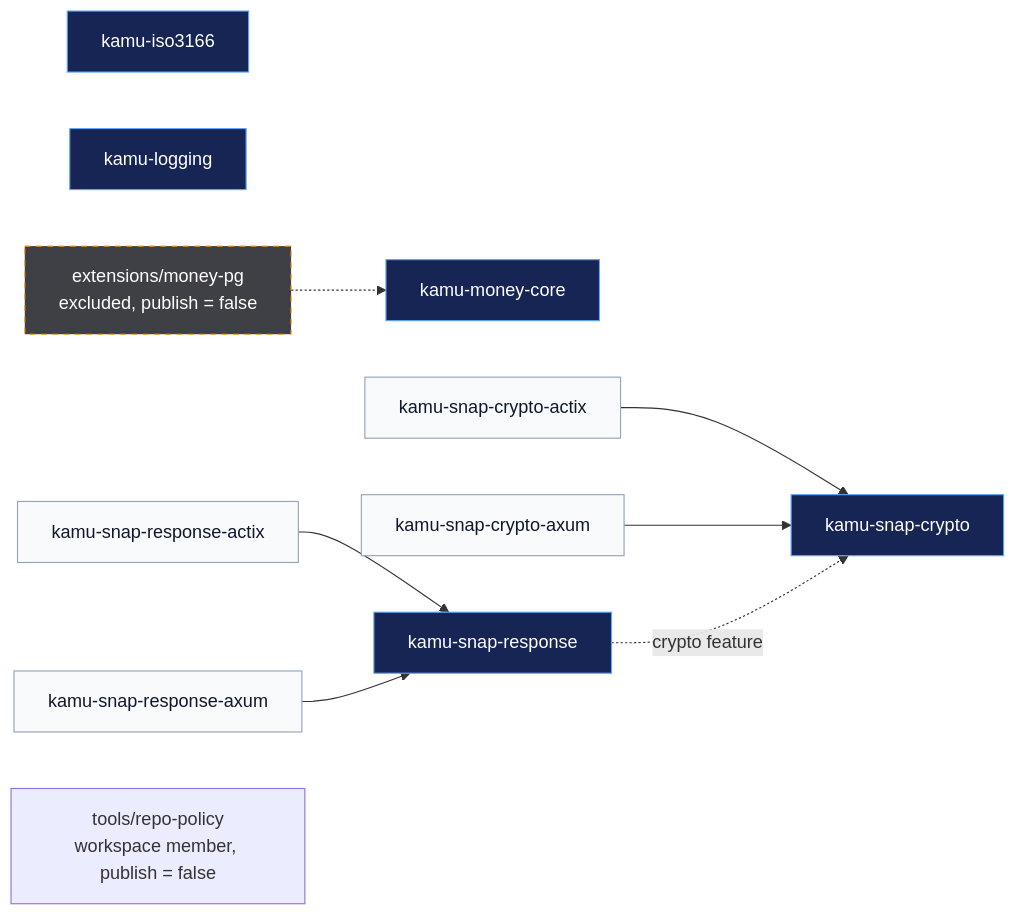
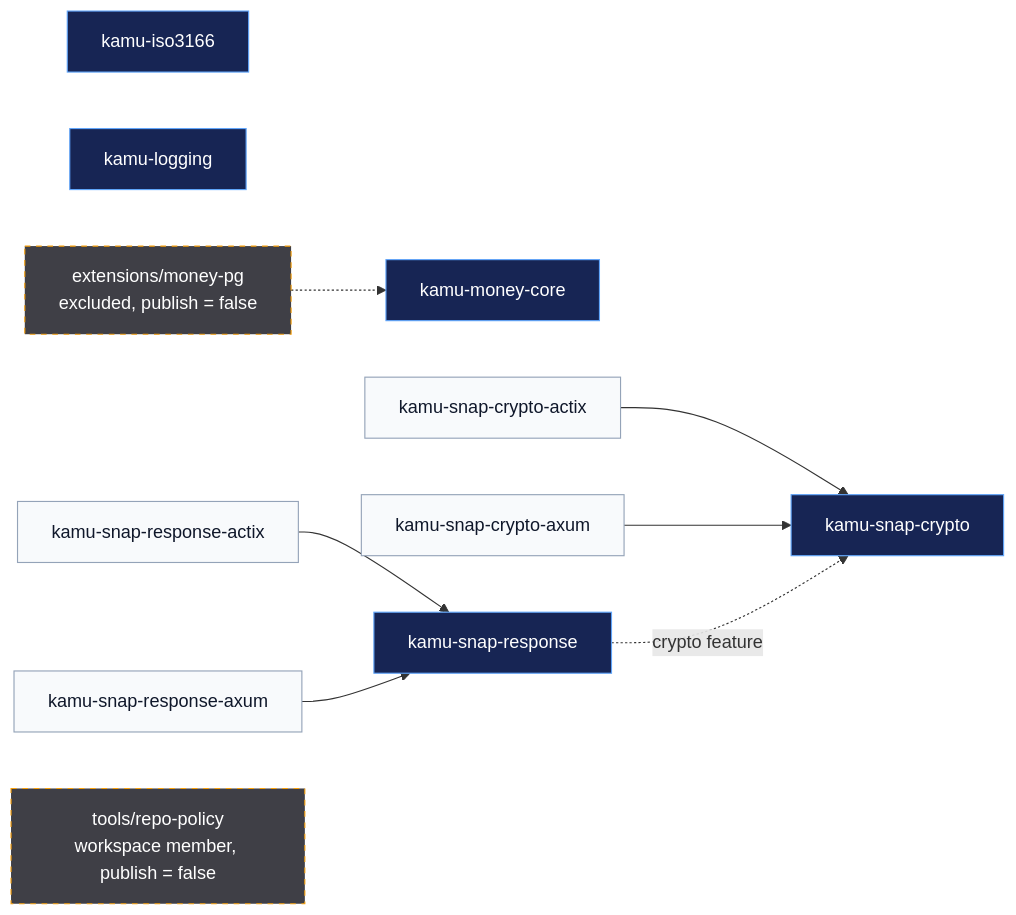
One commit to pt-immer/kamu-public-crates changed the diagram in README.md. Above: the diagram before and after it, drawn with Mermaid. The commit also changed 5 other files, not shown here.

````diff
--- a/README.md
+++ b/README.md
@@ -36,24 +36,24 @@
 ```mermaid
 flowchart LR
     ISO["kamu-iso3166"]
     LOG["kamu-logging"]
     MONEY["kamu-money-core"]
 
     CRYPTO["kamu-snap-crypto"]
     RESPONSE["kamu-snap-response"]
     CRYPTO_ACTIX["kamu-snap-crypto-actix"] --> CRYPTO
     CRYPTO_AXUM["kamu-snap-crypto-axum"] --> CRYPTO
     RESPONSE_ACTIX["kamu-snap-response-actix"] --> RESPONSE
     RESPONSE_AXUM["kamu-snap-response-axum"] --> RESPONSE
     RESPONSE -. "crypto feature" .-> CRYPTO
 
     PG["extensions/money-pg<br/>excluded, publish = false"] -.-> MONEY
     POLICY["tools/repo-policy<br/>workspace member, publish = false"]
 
     classDef leaf fill:#172554,color:#fff,stroke:#60a5fa
     classDef adapter fill:#f8fafc,color:#0f172a,stroke:#94a3b8
-    classDef lane fill:#3f3f46,color:#fff,stroke:#f59e0b,stroke-dasharray: 5 5
+    classDef unpublished fill:#3f3f46,color:#fff,stroke:#f59e0b,stroke-dasharray: 5 5
     class ISO,LOG,MONEY,CRYPTO,RESPONSE leaf
     class CRYPTO_ACTIX,CRYPTO_AXUM,RESPONSE_ACTIX,RESPONSE_AXUM adapter
-    class PG lane
+    class PG,POLICY unpublished
 ```
````
